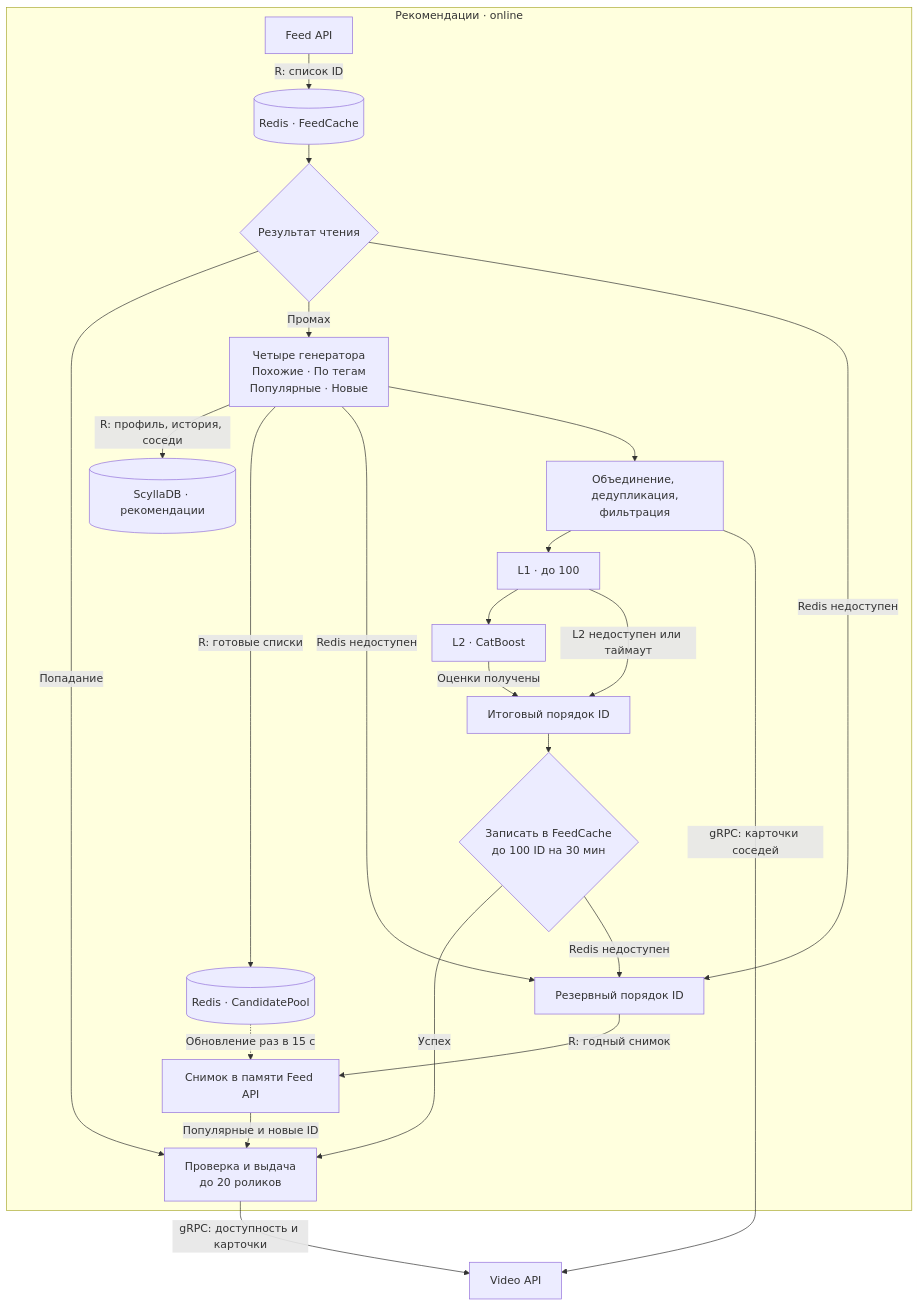
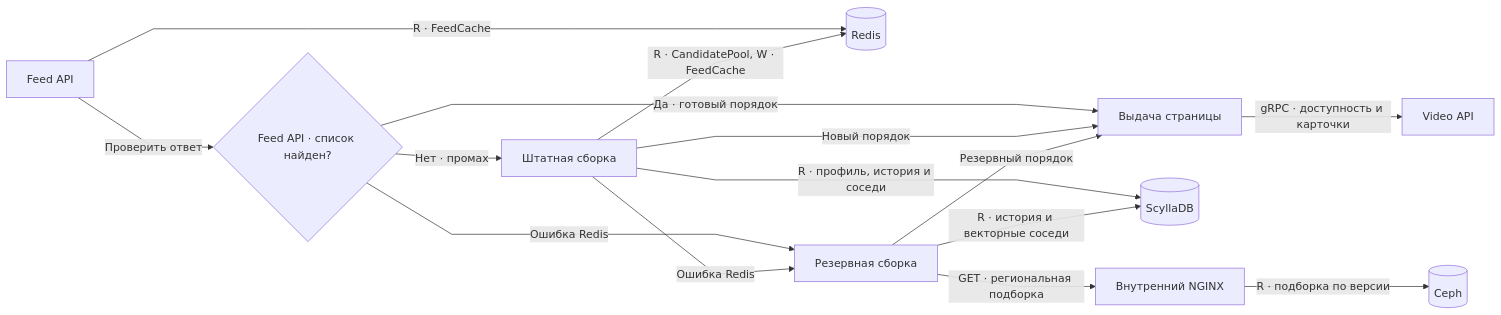
The ninth of 14 diagrams in README.md (pavel-ladygin/highload_tp), drawn with Mermaid before and after one commit. The commit also changed other lines of this file, not shown here.

````diff
--- a/README.md
+++ b/README.md
@@ -891,27 +884,18 @@
 ```mermaid
-%%{init: {"flowchart": {"rankSpacing": 28, "nodeSpacing": 24}}}%%
-flowchart TB
-    subgraph F["Рекомендации · online"]
-        API["Feed API"] -->|"R: список ID"| CACHE[("Redis · FeedCache")]
-        CACHE --> HIT{"Результат чтения"}
-        HIT -->|"Попадание"| PAGE["Проверка и выдача<br/>до 20 роликов"]
-        HIT -->|"Промах"| GEN["Четыре генератора<br/>Похожие · По тегам<br/>Популярные · Новые"]
-        HIT -->|"Redis недоступен"| FALLBACK["Резервный порядок ID"]
-        GEN -->|"R: профиль, история, соседи"| DATA[("ScyllaDB · рекомендации")]
-        GEN -->|"R: готовые списки"| POOL[("Redis · CandidatePool")]
-        POOL -. "Обновление раз в 15 с" .-> SNAP["Снимок в памяти Feed API"]
-        GEN -->|"Redis недоступен"| FALLBACK
-        FALLBACK -->|"R: годный снимок"| SNAP
-        SNAP -->|"Популярные и новые ID"| PAGE
-        GEN --> FILTER["Объединение, дедупликация,<br/>фильтрация"]
-        FILTER --> L1["L1 · до 100"]
-        L1 --> L2["L2 · CatBoost"]
-        L2 -->|"Оценки получены"| ORDER["Итоговый порядок ID"]
-        L1 -->|"L2 недоступен или таймаут"| ORDER
-        ORDER --> SAVE{"Записать в FeedCache<br/>до 100 ID на 30 мин"}
-        SAVE -->|"Успех"| PAGE
-        SAVE -->|"Redis недоступен"| FALLBACK
-    end
-    FILTER -->|"gRPC: карточки соседей"| V["Video API"]
-    PAGE -->|"gRPC: доступность и карточки"| V
+%%{init: {"flowchart": {"curve": "linear", "rankSpacing": 32}}}%%
+flowchart LR
+    A["Feed API"] -->|"R · FeedCache"| R[("Redis")]
+    A -->|"Проверить ответ"| H{"Feed API · список найден?"}
+    H -->|"Да · готовый порядок"| P["Выдача страницы"]
+    H -->|"Нет · промах"| G["Штатная сборка"]
+    H -->|"Ошибка Redis"| B["Резервная сборка"]
+    G -->|"R · CandidatePool, W · FeedCache"| R
+    G -->|"R · профиль, история и соседи"| S[("ScyllaDB")]
+    G -->|"Ошибка Redis"| B
+    G -->|"Новый порядок"| P
+    B -->|"R · история и векторные соседи"| S
+    B -->|"GET · региональная подборка"| N["Внутренний NGINX"]
+    N -->|"R · подборка по версии"| C[("Ceph")]
+    B -->|"Резервный порядок"| P
+    P -->|"gRPC · доступность и карточки"| V["Video API"]
 ```
````
